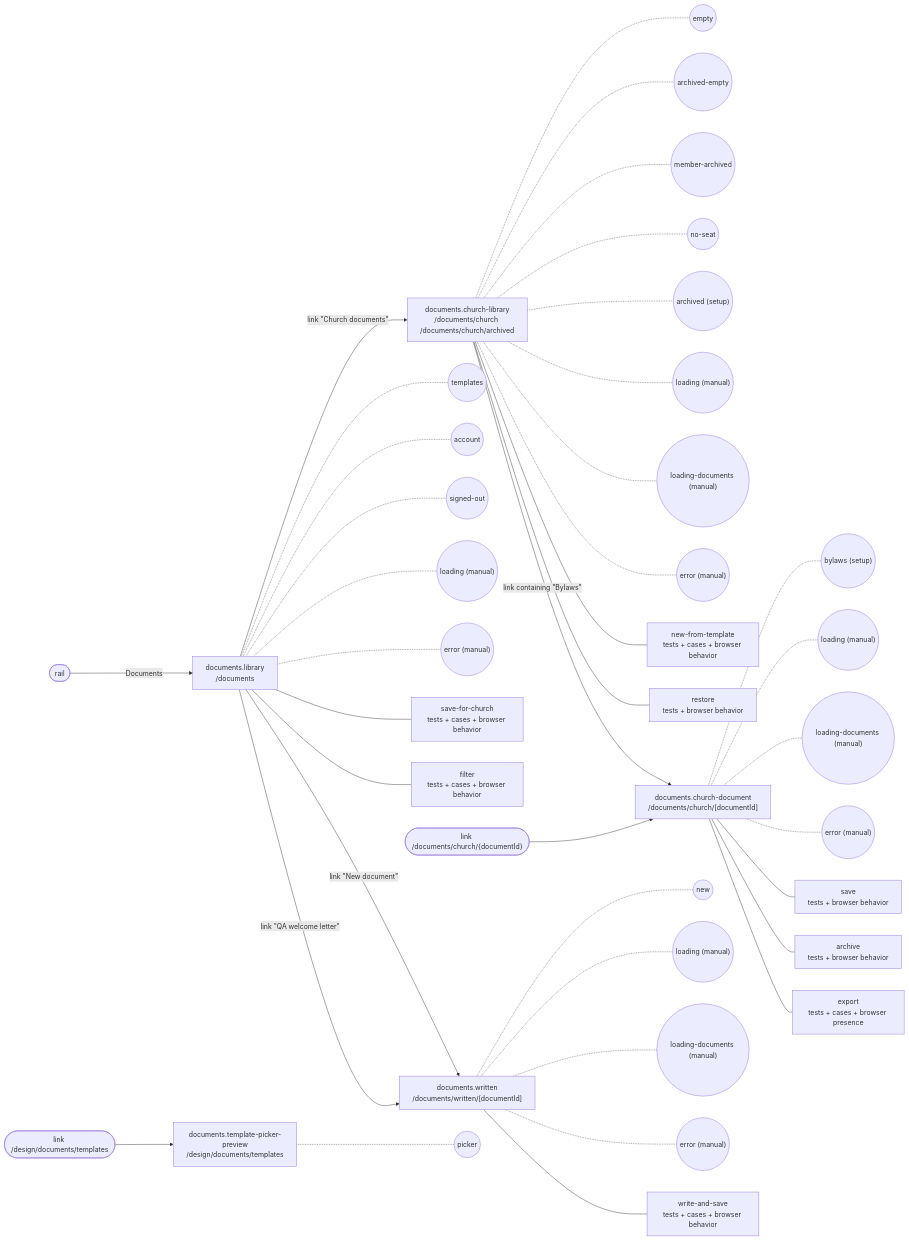
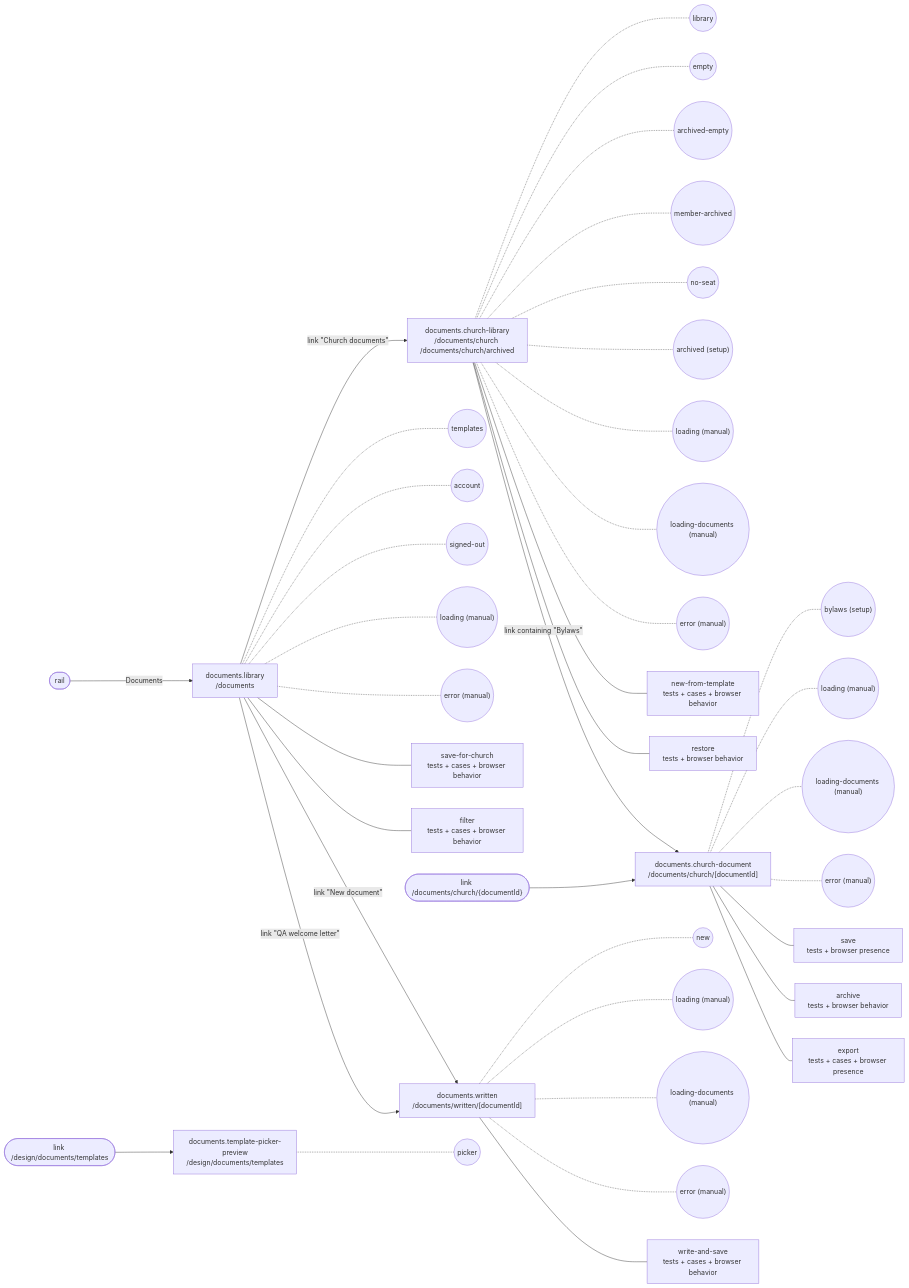
Before and after one commit to SebastianGarces/everyfield: the diagram in docs/feature-maps/documents.md, drawn with Mermaid. The commit also changed other lines of this file and 6 other files, not shown here.

````diff
--- a/docs/feature-maps/documents.md
+++ b/docs/feature-maps/documents.md
@@ -6,48 +6,49 @@
 ```mermaid
 flowchart LR
   rail(["rail"])
   s2_link1(["link /documents/church/{documentId}"])
   s4_link0(["link /design/documents/templates"])
   s0["documents.library<br/>/documents"]
   rail -- "Documents" --> s0
   s0 -.- s0_st0(("templates"))
   s0 -.- s0_st1(("account"))
   s0 -.- s0_st2(("signed-out"))
   s0 -.- s0_st3(("loading (manual)"))
   s0 -.- s0_st4(("error (manual)"))
   s0 --- s0_b0["save-for-church<br/>tests + cases + browser behavior"]
   s0 --- s0_b1["filter<br/>tests + cases + browser behavior"]
   s1["documents.church-library<br/>/documents/church /documents/church/archived"]
   s0 -- "link #quot;Church documents#quot;" --> s1
-  s1 -.- s1_st0(("empty"))
-  s1 -.- s1_st1(("archived-empty"))
-  s1 -.- s1_st2(("member-archived"))
-  s1 -.- s1_st3(("no-seat"))
-  s1 -.- s1_st4(("archived (setup)"))
-  s1 -.- s1_st5(("loading (manual)"))
-  s1 -.- s1_st6(("loading-documents (manual)"))
-  s1 -.- s1_st7(("error (manual)"))
+  s1 -.- s1_st0(("library"))
+  s1 -.- s1_st1(("empty"))
+  s1 -.- s1_st2(("archived-empty"))
+  s1 -.- s1_st3(("member-archived"))
+  s1 -.- s1_st4(("no-seat"))
+  s1 -.- s1_st5(("archived (setup)"))
+  s1 -.- s1_st6(("loading (manual)"))
+  s1 -.- s1_st7(("loading-documents (manual)"))
+  s1 -.- s1_st8(("error (manual)"))
   s1 --- s1_b0["new-from-template<br/>tests + cases + browser behavior"]
   s1 --- s1_b1["restore<br/>tests + browser behavior"]
   s2["documents.church-document<br/>/documents/church/[documentId]"]
   s1 -- "link containing #quot;Bylaws#quot;" --> s2
   s2_link1 --> s2
   s2 -.- s2_st0(("bylaws (setup)"))
   s2 -.- s2_st1(("loading (manual)"))
   s2 -.- s2_st2(("loading-documents (manual)"))
   s2 -.- s2_st3(("error (manual)"))
-  s2 --- s2_b0["save<br/>tests + browser behavior"]
+  s2 --- s2_b0["save<br/>tests + browser presence"]
   s2 --- s2_b1["archive<br/>tests + browser behavior"]
   s2 --- s2_b2["export<br/>tests + cases + browser presence"]
   s3["documents.written<br/>/documents/written/[documentId]"]
   s0 -- "link #quot;New document#quot;" --> s3
   s0 -- "link #quot;QA welcome letter#quot;" --> s3
   s3 -.- s3_st0(("new"))
   s3 -.- s3_st1(("loading (manual)"))
   s3 -.- s3_st2(("loading-documents (manual)"))
   s3 -.- s3_st3(("error (manual)"))
   s3 --- s3_b0["write-and-save<br/>tests + cases + browser behavior"]
   s4["documents.template-picker-preview<br/>/design/documents/templates"]
   s4_link0 --> s4
   s4 -.- s4_st0(("picker"))
 ```
````
